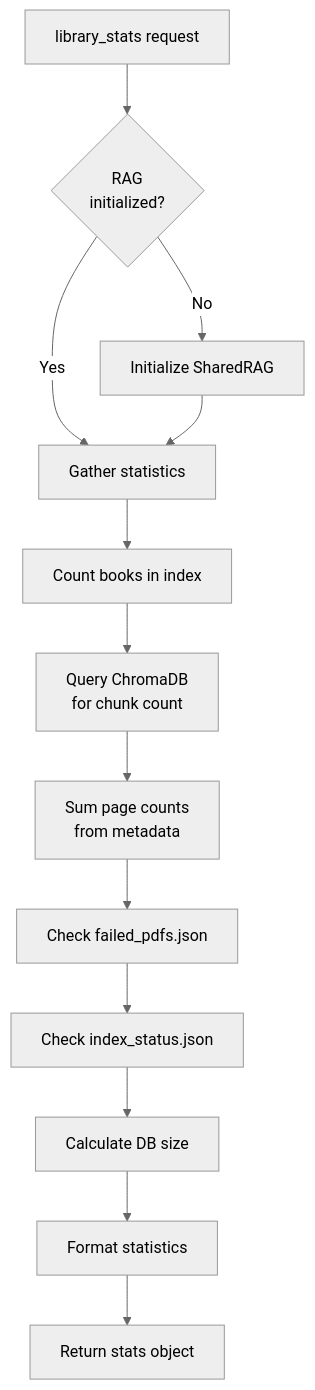
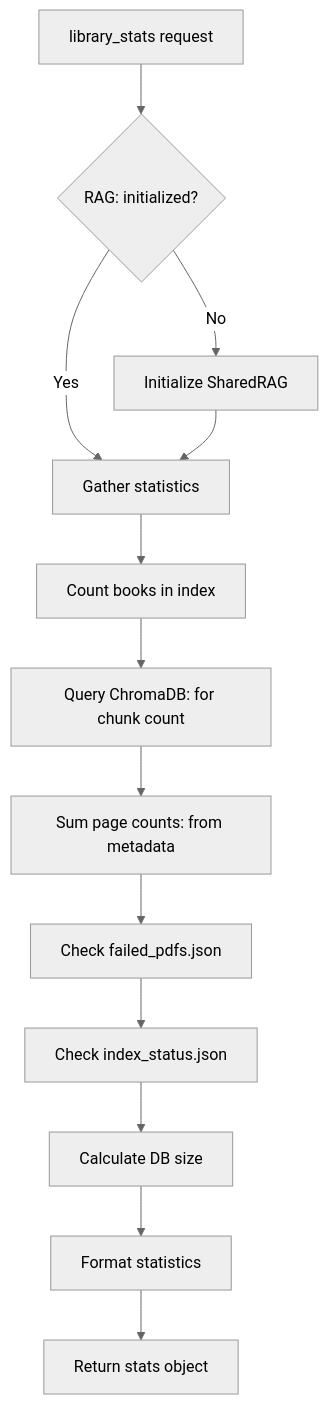
Before and after one commit to hpoliset/PersonalDocLibraryRAGMCP: diagram 15 of 22 in docs/ARCHITECTURE.md, drawn with Mermaid (neutral theme). The commit also changed other lines of this file and 2 other files, not shown here.

First line of the commit message:
Update documentation with upgrade instructions and fix architecture diagrams

````diff
--- a/docs/ARCHITECTURE.md
+++ b/docs/ARCHITECTURE.md
@@ -423,15 +405,15 @@
 ```mermaid
-flowchart TD
-    START[library_stats request] --> INIT_CHECK{RAG<br/>initialized?}
+graph TD
+    START[library_stats request] --> INIT_CHECK{RAG: initialized?}
     INIT_CHECK -->|No| INIT_RAG[Initialize SharedRAG]
     INIT_CHECK -->|Yes| GATHER
     INIT_RAG --> GATHER[Gather statistics]
     GATHER --> COUNT_BOOKS[Count books in index]
-    COUNT_BOOKS --> COUNT_CHUNKS[Query ChromaDB<br/>for chunk count]
-    COUNT_CHUNKS --> COUNT_PAGES[Sum page counts<br/>from metadata]
+    COUNT_BOOKS --> COUNT_CHUNKS[Query ChromaDB: for chunk count]
+    COUNT_CHUNKS --> COUNT_PAGES[Sum page counts: from metadata]
     COUNT_PAGES --> CHECK_FAILED[Check failed_pdfs.json]
     CHECK_FAILED --> CHECK_STATUS[Check index_status.json]
     CHECK_STATUS --> CALC_SIZE[Calculate DB size]
     CALC_SIZE --> FORMAT_STATS[Format statistics]
     FORMAT_STATS --> RESPONSE[Return stats object]
 ```
````
